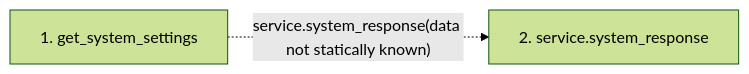
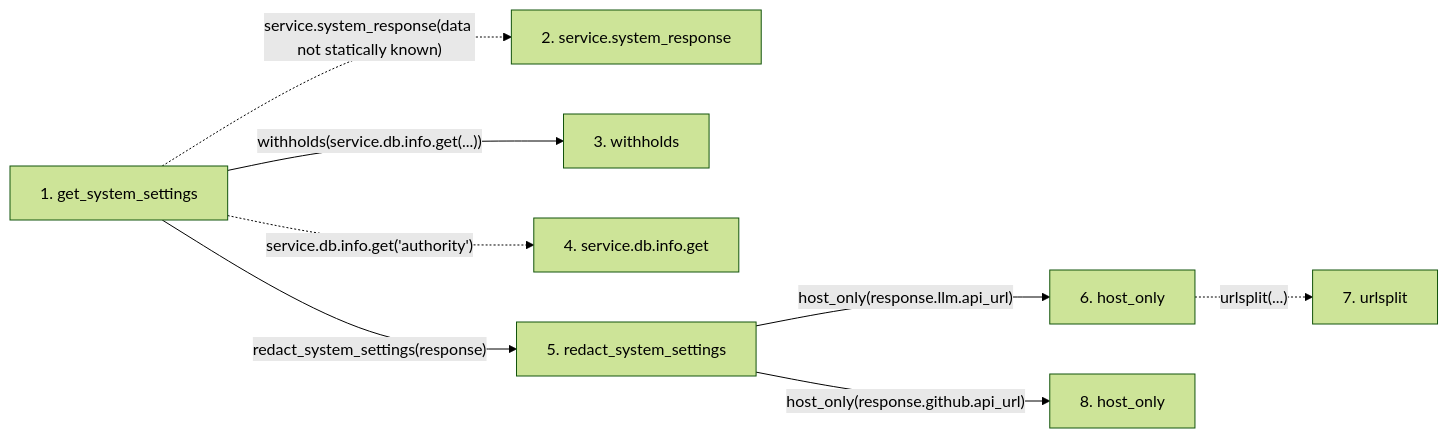
One commit to Denissvgn/WorkChord changed the second of 2 diagrams in docs/llm_wiki/flows/http-get_system_settings.md. Above: the diagram before and after it, drawn with Mermaid (forest theme). The commit also changed other lines of this file and 524 other files, not shown here.

````diff
--- a/docs/llm_wiki/flows/http-get_system_settings.md
+++ b/docs/llm_wiki/flows/http-get_system_settings.md
@@ -36,7 +47,23 @@
 ```mermaid
 flowchart LR
     s1["1. get_system_settings"]
     s2["2. service.system_response"]
+    s3["3. withholds"]
+    s4["4. service.db.info.get"]
+    s5["5. redact_system_settings"]
+    s6["6. host_only"]
+    s7["7. urlsplit"]
+    s8["8. host_only"]
     s1 -. "service.system_response(data not statically known)" .-> s2
+    s1 -->|"withholds(service.db.info.get(...))"| s3
+    s1 -. "service.db.info.get('authority')" .-> s4
+    s1 -->|"redact_system_settings(response)"| s5
+    s5 -->|"host_only(response.llm.api_url)"| s6
+    s6 -. "urlsplit(...)" .-> s7
+    s5 -->|"host_only(response.github.api_url)"| s8
     click s1 "../modules/routers_system_settings.md"
+    click s3 "../modules/settings_read.md"
+    click s5 "../modules/settings_read.md"
+    click s6 "../modules/settings_read.md"
+    click s8 "../modules/settings_read.md"
 ```
````
